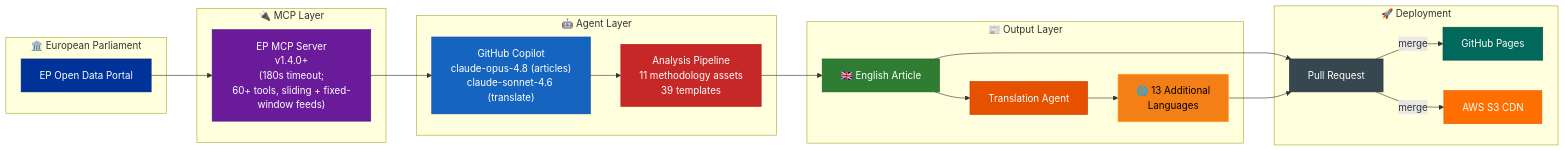
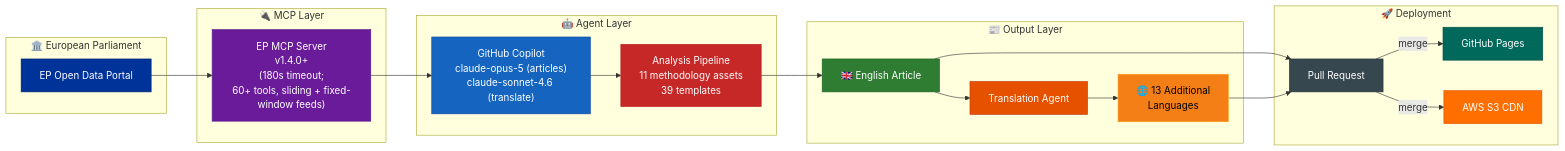
One commit to Hack23/euparliamentmonitor changed diagram 23 of 23 in WORKFLOWS.md. Above: the diagram before and after it, drawn with Mermaid. The commit also changed other lines of this file and 91 other files, not shown here.

First line of the commit message:
Update GitHub Actions workflows to use Opus 5 (#2690)

````diff
--- a/WORKFLOWS.md
+++ b/WORKFLOWS.md
@@ -2253,42 +2253,42 @@
 ```mermaid
 flowchart LR
     subgraph "🏛️ European Parliament"
         EP["EP Open Data Portal"]
     end
 
     subgraph "🔌 MCP Layer"
         MCP["EP MCP Server<br/>v1.4.0+<br/>(180s timeout;<br/>60+ tools, sliding + fixed-window feeds)"]
     end
 
     subgraph "🤖 Agent Layer"
-        Agent["GitHub Copilot<br/>claude-opus-4.8 (articles)<br/>claude-sonnet-4.6 (translate)"]
+        Agent["GitHub Copilot<br/>claude-opus-5 (articles)<br/>claude-sonnet-4.6 (translate)"]
         Analyze["Analysis Pipeline<br/>11 methodology assets<br/>39 templates"]
     end
 
     subgraph "📰 Output Layer"
         EN["🇬🇧 English Article"]
         Translate["Translation Agent"]
         Multi["🌐 13 Additional<br/>Languages"]
     end
 
     subgraph "🚀 Deployment"
         PR["Pull Request"]
         Pages["GitHub Pages"]
         S3["AWS S3 CDN"]
     end
 
     EP --> MCP --> Agent --> Analyze --> EN --> PR
     EN --> Translate --> Multi --> PR
     PR --> |"merge"| Pages & S3
 
     style EP fill:#003399,stroke:#002266,color:#FFFFFF
     style MCP fill:#6A1B9A,stroke:#4A148C,color:#FFFFFF
     style Agent fill:#1565C0,stroke:#0D47A1,color:#FFFFFF
     style Analyze fill:#C62828,stroke:#B71C1C,color:#FFFFFF
     style EN fill:#2E7D32,stroke:#1B5E20,color:#FFFFFF
     style Translate fill:#E65100,stroke:#BF360C,color:#FFFFFF
     style Multi fill:#F57F17,stroke:#F9A825,color:#000000
     style PR fill:#37474F,stroke:#263238,color:#FFFFFF
     style Pages fill:#00695C,stroke:#004D40,color:#FFFFFF
     style S3 fill:#FF6F00,stroke:#E65100,color:#FFFFFF
 ```
````
